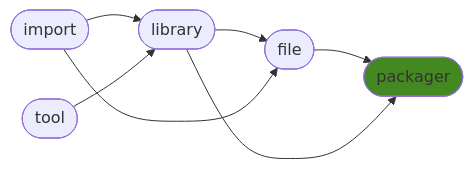
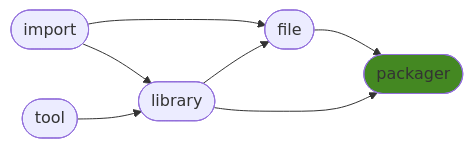
The diagram in README.md (ManderaGeneral/generalpackager), drawn with Mermaid before and after one commit. The commit also changed other lines of this file and 2 other files, not shown here.

````diff
--- a/README.md
+++ b/README.md
@@ -24,15 +24,15 @@
 ```mermaid
 flowchart LR
-3([file]) --> 4([packager])
 0([import]) --> 2([library])
 1([tool]) --> 2([library])
+0([import]) --> 3([file])
+3([file]) --> 4([packager])
 2([library]) --> 3([file])
 2([library]) --> 4([packager])
-0([import]) --> 3([file])
 click 0 "https://github.com/ManderaGeneral/generalimport"
 click 1 "https://github.com/ManderaGeneral/generaltool"
 click 2 "https://github.com/ManderaGeneral/generallibrary"
 click 3 "https://github.com/ManderaGeneral/generalfile"
 click 4 "https://github.com/ManderaGeneral/generalpackager"
 style 4 fill:#482
 ```
````
